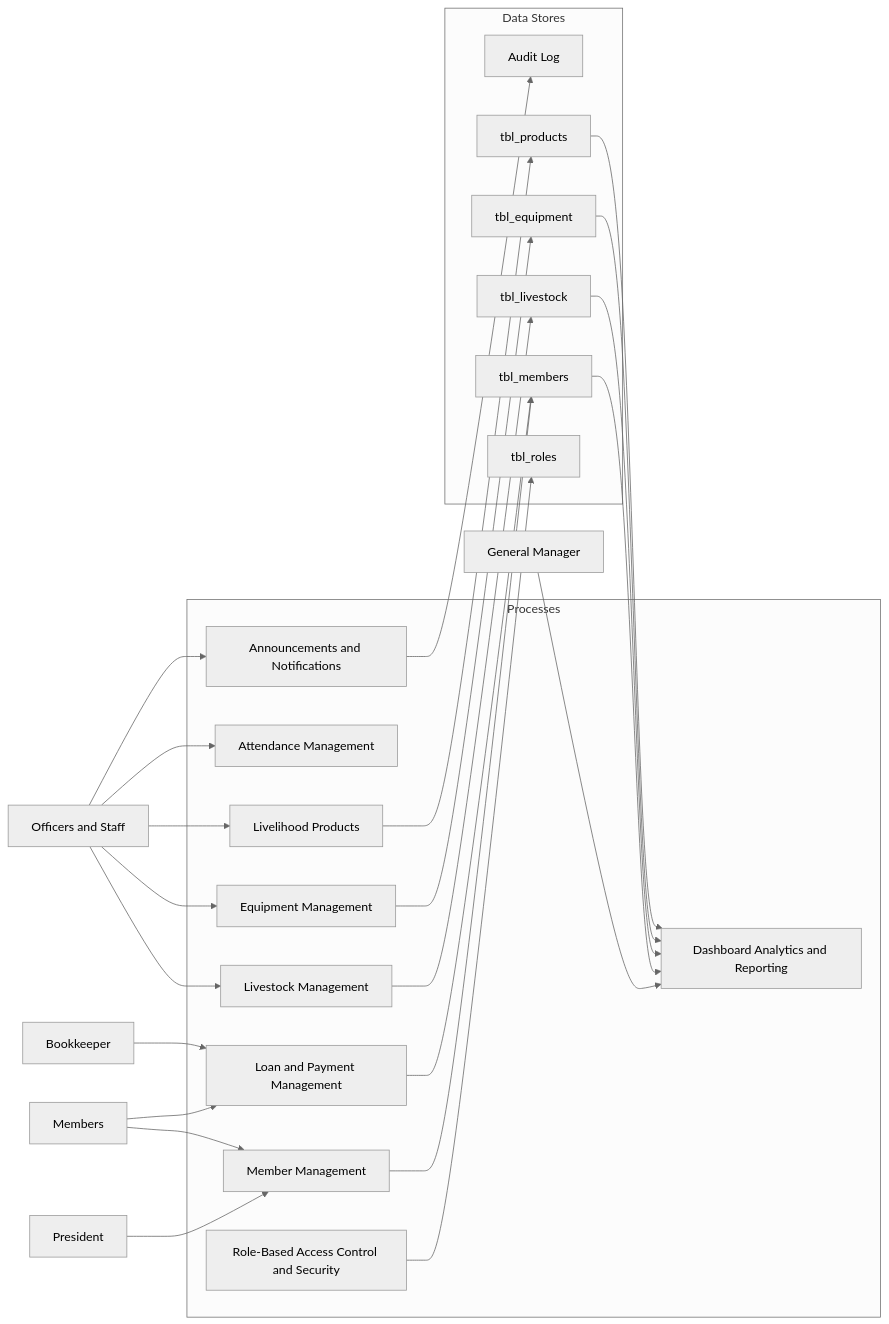
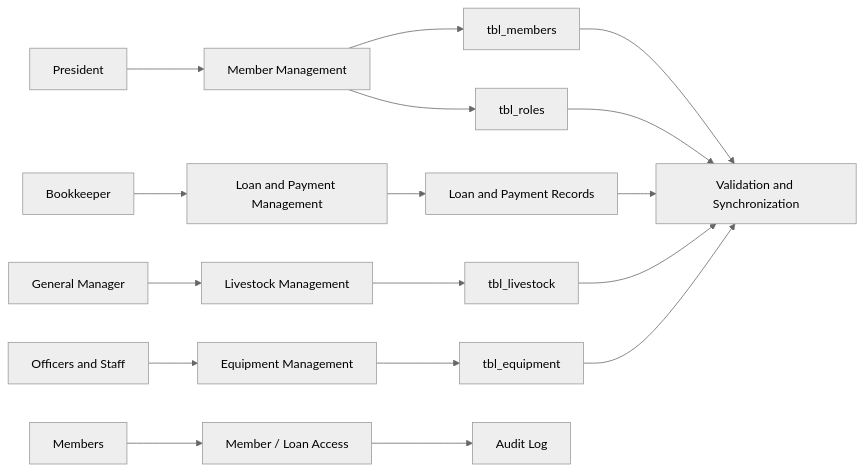
Before and after one commit to Bonuel12142005/KAMBACDIAGRAM: the eighth of 16 diagrams in README.md, drawn with Mermaid (neutral theme). The commit also changed other lines of this file, not shown here.

Commit message:
Overwrite README.md with the full 16-diagram KIMS proposal summary

````diff
--- a/README.md
+++ b/README.md
@@ -429,52 +383,20 @@
 ```mermaid
 flowchart LR
-    E1["President"]
-    E2["Bookkeeper"]
-    E3["General Manager"]
-    E4["Officers and Staff"]
-    E5["Members"]
+    E1["President"] --> P1["Member Management"]
+    E2["Bookkeeper"] --> P2["Loan and Payment Management"]
+    E3["General Manager"] --> P3["Livestock Management"]
+    E4["Officers and Staff"] --> P4["Equipment Management"]
+    E5["Members"] --> P5["Member / Loan Access"]
 
-    subgraph P["Processes"]
-        P1["Member Management"]
-        P2["Loan and Payment Management"]
-        P3["Livestock Management"]
-        P4["Equipment Management"]
-        P5["Livelihood Products"]
-        P6["Attendance Management"]
-        P7["Announcements and Notifications"]
-        P8["Dashboard Analytics and Reporting"]
-        P9["Role-Based Access Control and Security"]
-    end
-
-    subgraph D["Data Stores"]
-        D1["tbl_members"]
-        D2["tbl_roles"]
-        D3["tbl_equipment"]
-        D4["tbl_livestock"]
-        D5["tbl_products"]
-        D6["Audit Log"]
-    end
-
-    E1 --> P1
-    E2 --> P2
-    E3 --> P8
-    E4 --> P3
-    E4 --> P4
-    E4 --> P5
-    E4 --> P6
-    E4 --> P7
-    E5 --> P1
-    E5 --> P2
-
-    P1 --> D1
-    P2 --> D1
-    P3 --> D4
-    P4 --> D3
-    P5 --> D5
-    P7 --> D6
-    P9 --> D2
-    D1 --> P8
-    D3 --> P8
-    D4 --> P8
-    D5 --> P8
+    P1 --> D1["tbl_members"]
+    P1 --> D2["tbl_roles"]
+    P2 --> D3["Loan and Payment Records"]
+    P3 --> D4["tbl_livestock"]
+    P4 --> D5["tbl_equipment"]
+    P5 --> D6["Audit Log"]
+    D1 --> A["Validation and Synchronization"]
+    D2 --> A
+    D3 --> A
+    D4 --> A
+    D5 --> A
 ```
````
